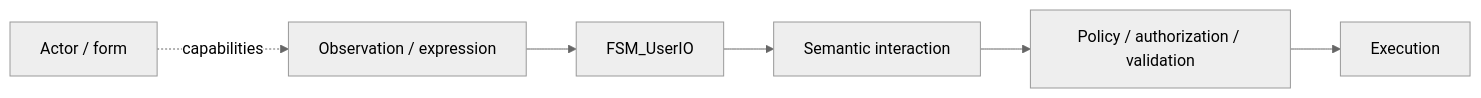
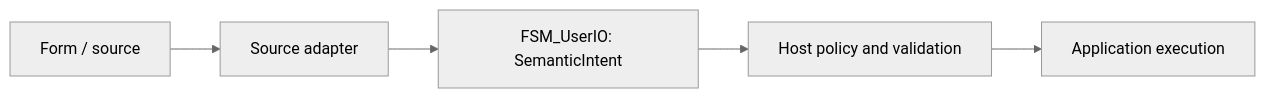
One commit to TrentBest/FSM_UserIO changed the diagram in README.md. Above: the diagram before and after it, drawn with Mermaid (neutral theme). The commit also changed other lines of this file, not shown here.

Commit message:
docs: standardize UserIO README and domain map

````diff
--- a/README.md
+++ b/README.md
@@ -91,8 +42,7 @@
 ```mermaid
 flowchart LR
-    O["Observation / expression"] --> U["FSM_UserIO"]
-    U --> I["Semantic interaction"]
-    I --> P["Policy / authorization / validation"]
-    P --> E["Execution"]
-    A["Actor / form"] -. capabilities .-> O
+    A["Form / source"] --> B["Source adapter"]
+    B --> C["FSM_UserIO: SemanticIntent"]
+    C --> D["Host policy and validation"]
+    D --> E["Application execution"]
 ```
````
